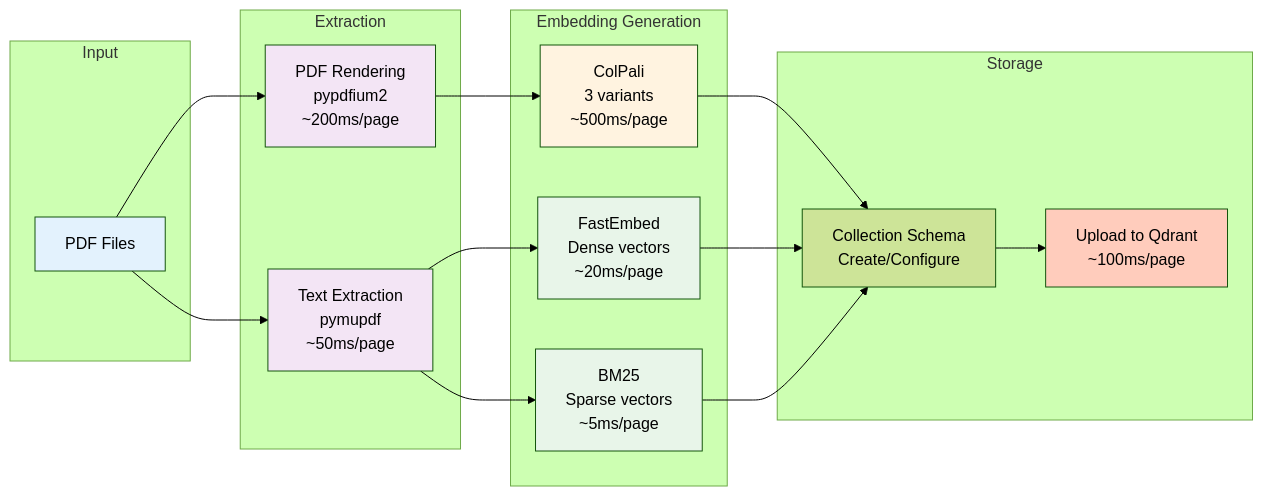
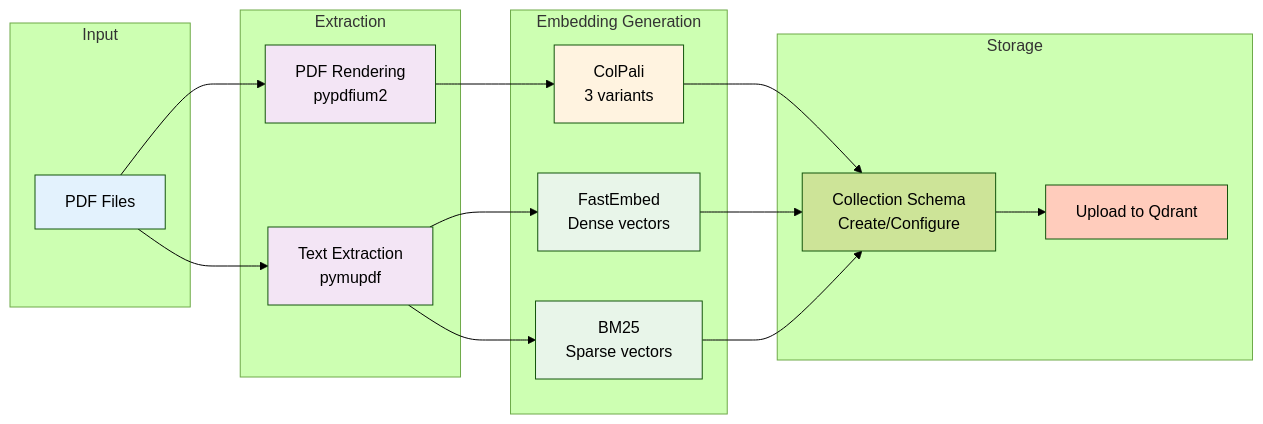
Before and after one commit to adbX/synth-rag: the diagram in docs/api/manuals_ingest.md, drawn with Mermaid (forest theme). The commit also changed other lines of this file and 11 other files, not shown here.

````diff
--- a/docs/api/manuals_ingest.md
+++ b/docs/api/manuals_ingest.md
@@ -70,43 +65,43 @@
 ```mermaid
 flowchart LR
     subgraph Input[Input]
         PDF[PDF Files]
     end
     
     subgraph Extract[Extraction]
-        Render[PDF Rendering<br/>pypdfium2<br/>~200ms/page]
-        Text[Text Extraction<br/>pymupdf<br/>~50ms/page]
+        Render[PDF Rendering<br/>pypdfium2]
+        Text[Text Extraction<br/>pymupdf]
     end
     
     subgraph Embed[Embedding Generation]
-        ColPali[ColPali<br/>3 variants<br/>~500ms/page]
-        FastEmbed[FastEmbed<br/>Dense vectors<br/>~20ms/page]
-        BM25[BM25<br/>Sparse vectors<br/>~5ms/page]
+        ColPali[ColPali<br/>3 variants]
+        FastEmbed[FastEmbed<br/>Dense vectors]
+        BM25[BM25<br/>Sparse vectors]
     end
     
     subgraph Storage[Storage]
         Schema[Collection Schema<br/>Create/Configure]
-        Upload[Upload to Qdrant<br/>~100ms/page]
+        Upload[Upload to Qdrant]
     end
     
     PDF --> Render
     PDF --> Text
     
     Render --> ColPali
     Text --> FastEmbed
     Text --> BM25
     
     ColPali --> Schema
     FastEmbed --> Schema
     BM25 --> Schema
     
     Schema --> Upload
     
     style PDF fill:#e3f2fd
     style Render fill:#f3e5f5
     style Text fill:#f3e5f5
     style ColPali fill:#fff3e0
     style FastEmbed fill:#e8f5e9
     style BM25 fill:#e8f5e9
     style Upload fill:#ffccbc
 ```
````
